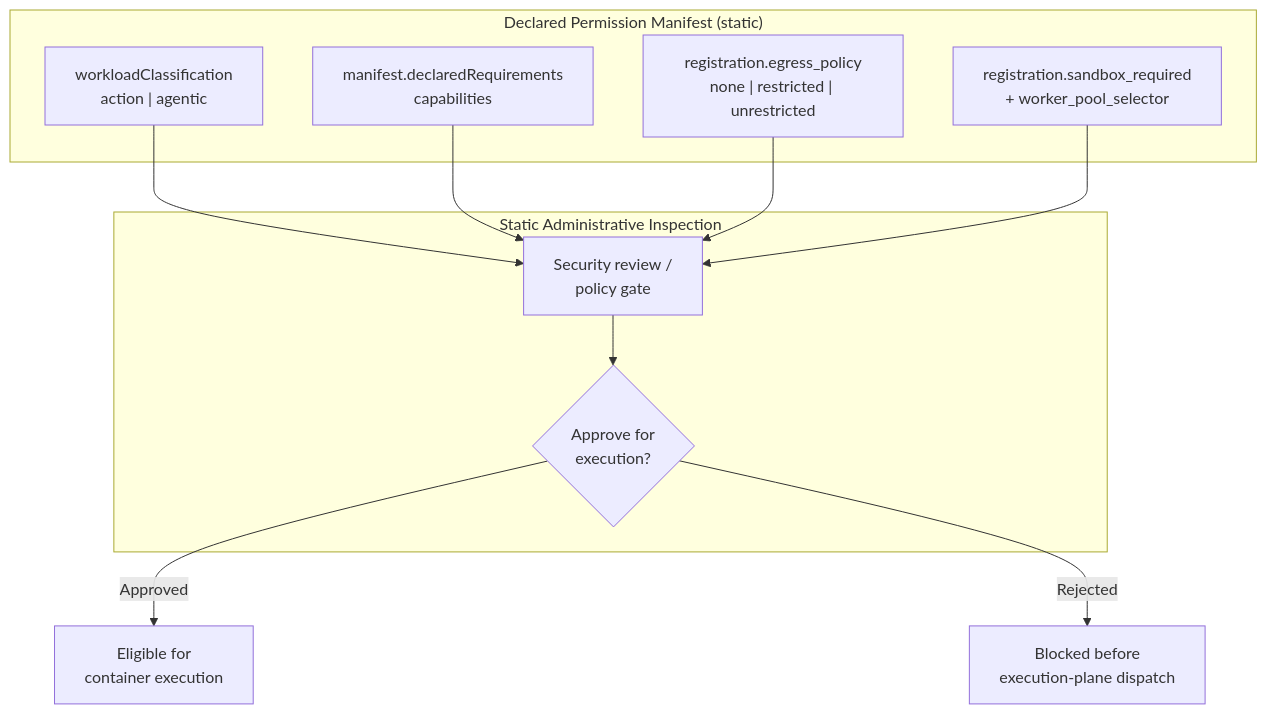
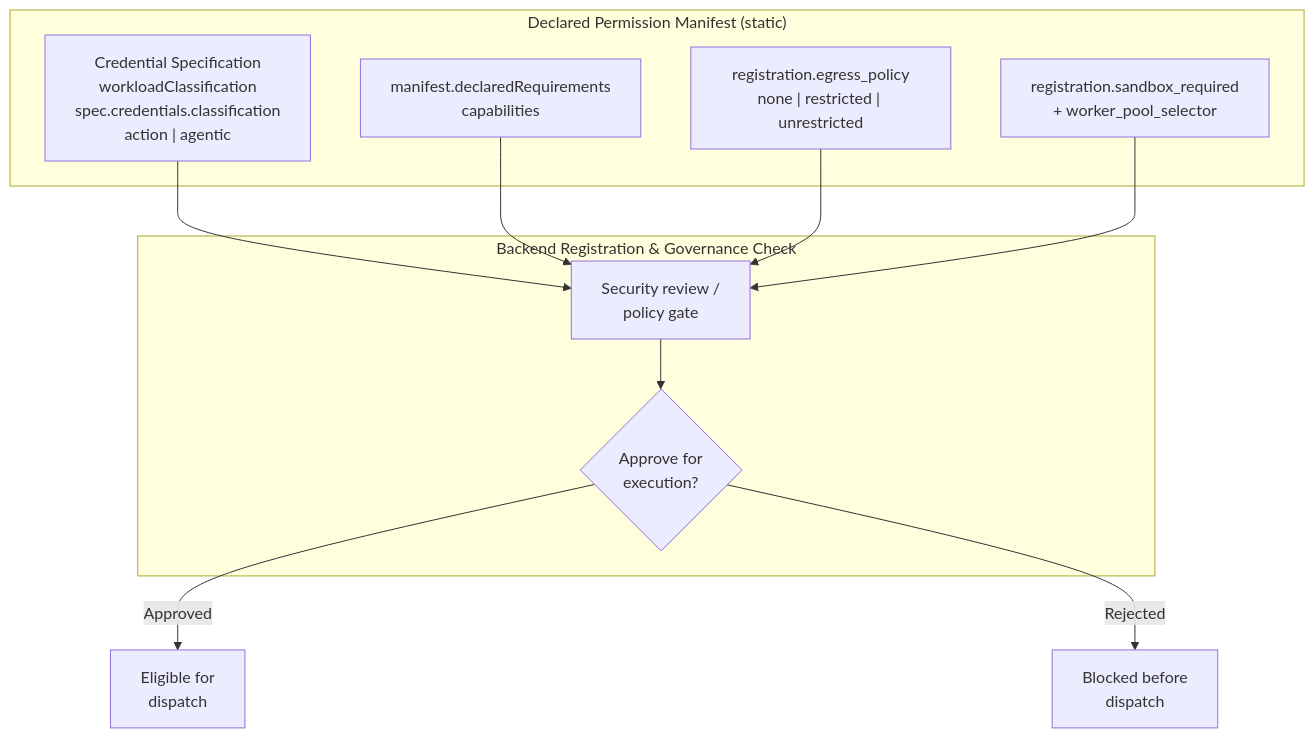
Before and after one commit to syntara-orchestration/syntara-node-sdk: the eighth of 8 diagrams in docs/architecture.md, drawn with Mermaid. The commit also changed other lines of this file and 10 other files, not shown here.

First line of the commit message:
docs: add control plane execution diagrams for nodes and refine credential spec (#2)

````diff
--- a/docs/architecture.md
+++ b/docs/architecture.md
@@ -415,22 +592,22 @@
 ```mermaid
 graph TB
     subgraph MANIFEST["Declared Permission Manifest (static)"]
-        WC["workloadClassification<br/>action | agentic"]
+        WC["Credential Specification<br/>workloadClassification<br/>spec.credentials.classification<br/>action | agentic"]
         REQS["manifest.declaredRequirements<br/>capabilities"]
         CONN["registration.egress_policy<br/>none | restricted | unrestricted"]
         CAPS["registration.sandbox_required<br/>+ worker_pool_selector"]
     end
 
-    subgraph AUDIT["Static Administrative Inspection"]
+    subgraph AUDIT["Backend Registration & Governance Check"]
         REVIEW["Security review /<br/>policy gate"]
         DECISION{"Approve for<br/>execution?"}
     end
 
     WC --> REVIEW
     REQS --> REVIEW
     CONN --> REVIEW
     CAPS --> REVIEW
     REVIEW --> DECISION
-    DECISION -->|Approved| ALLOW["Eligible for<br/>container execution"]
-    DECISION -->|Rejected| BLOCK["Blocked before<br/>execution-plane dispatch"]
+    DECISION -->|Approved| ALLOW["Eligible for<br/>dispatch"]
+    DECISION -->|Rejected| BLOCK["Blocked before<br/>dispatch"]
 ```
````
